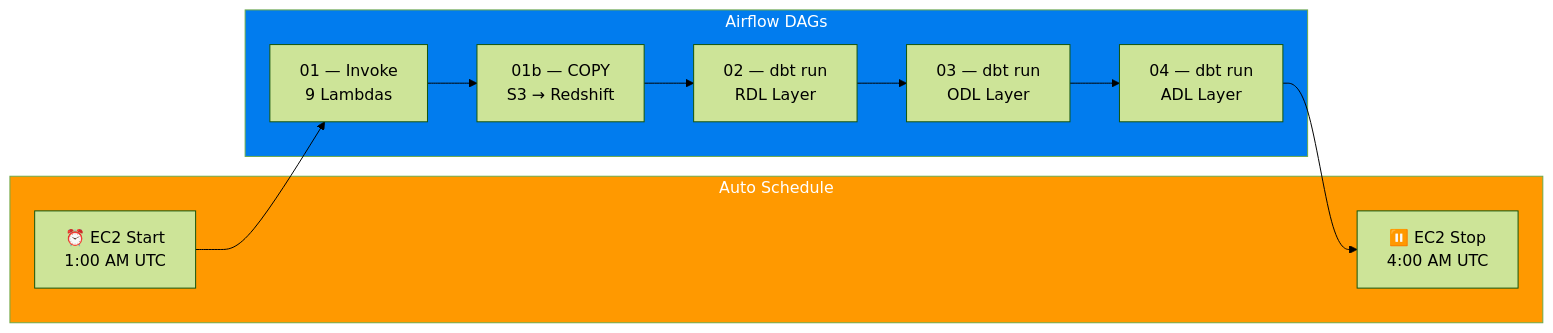
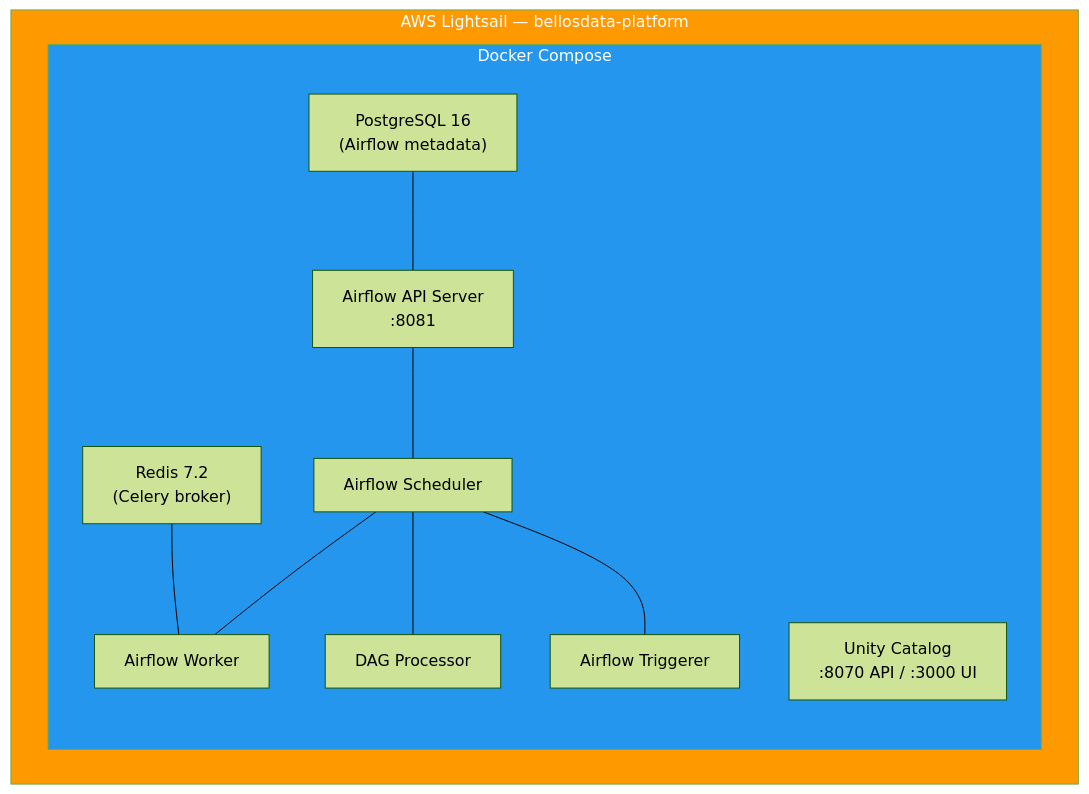
The third of 3 diagrams in README.md (TimiOlayinka/boohoo-data-pipeline), drawn with Mermaid (forest theme) before and after one commit. The commit also changed other lines of this file and 274 other files, not shown here.

Commit message:
DATA-31: Rename S3 buckets playdarch-* to bellosdata-* and rewrite README for BellosData Lakehouse architecture

````diff
--- a/README.md
+++ b/README.md
@@ -280,25 +300,25 @@
 ```mermaid
-flowchart LR
-    subgraph SCHEDULE["Auto Schedule"]
-        START["⏰ EC2 Start\n1:00 AM UTC"]
-        STOP["⏸️ EC2 Stop\n4:00 AM UTC"]
+flowchart TB
+    subgraph LIGHTSAIL["AWS Lightsail — bellosdata-platform"]
+        subgraph DOCKER["Docker Compose"]
+            PG["PostgreSQL 16\n(Airflow metadata)"]
+            RD["Redis 7.2\n(Celery broker)"]
+            API["Airflow API Server\n:8081"]
+            SCH["Airflow Scheduler"]
+            WRK["Airflow Worker"]
+            TRG["Airflow Triggerer"]
+            DAG["DAG Processor"]
+            UC["Unity Catalog\n:8070 API / :3000 UI"]
+        end
     end
 
-    subgraph PIPELINE["Airflow DAGs"]
-        D1["01 — Invoke\n9 Lambdas"]
-        D2["01b — COPY\nS3 → Redshift"]
-        D3["02 — dbt run\nRDL Layer"]
-        D4["03 — dbt run\nODL Layer"]
-        D5["04 — dbt run\nADL Layer"]
-    end
+    PG --- API
+    RD --- WRK
+    API --- SCH
+    SCH --- WRK
+    SCH --- DAG
+    SCH --- TRG
 
-    START --> D1
-    D1 --> D2
-    D2 --> D3
-    D3 --> D4
-    D4 --> D5
-    D5 --> STOP
-
-    style SCHEDULE fill:#FF9900,color:#fff
-    style PIPELINE fill:#017CEE,color:#fff
+    style LIGHTSAIL fill:#FF9900,color:#fff
+    style DOCKER fill:#2496ED,color:#fff
 ```
````
